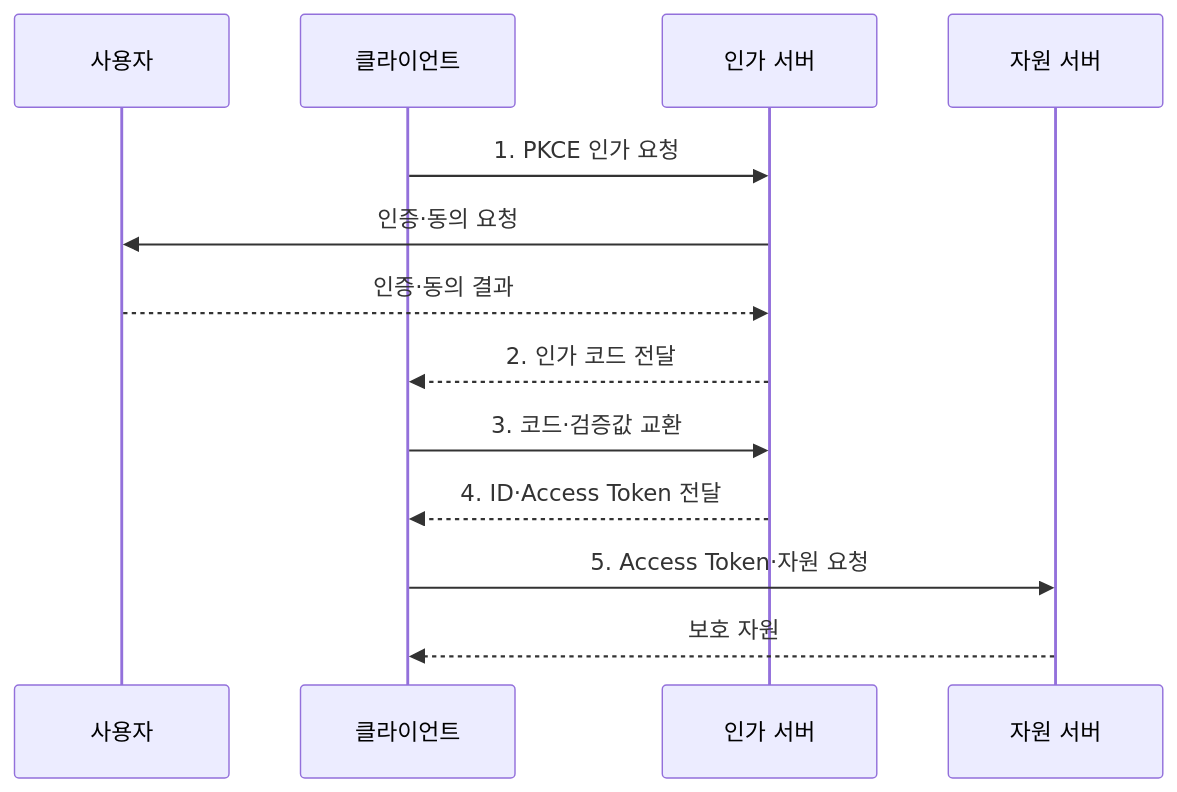
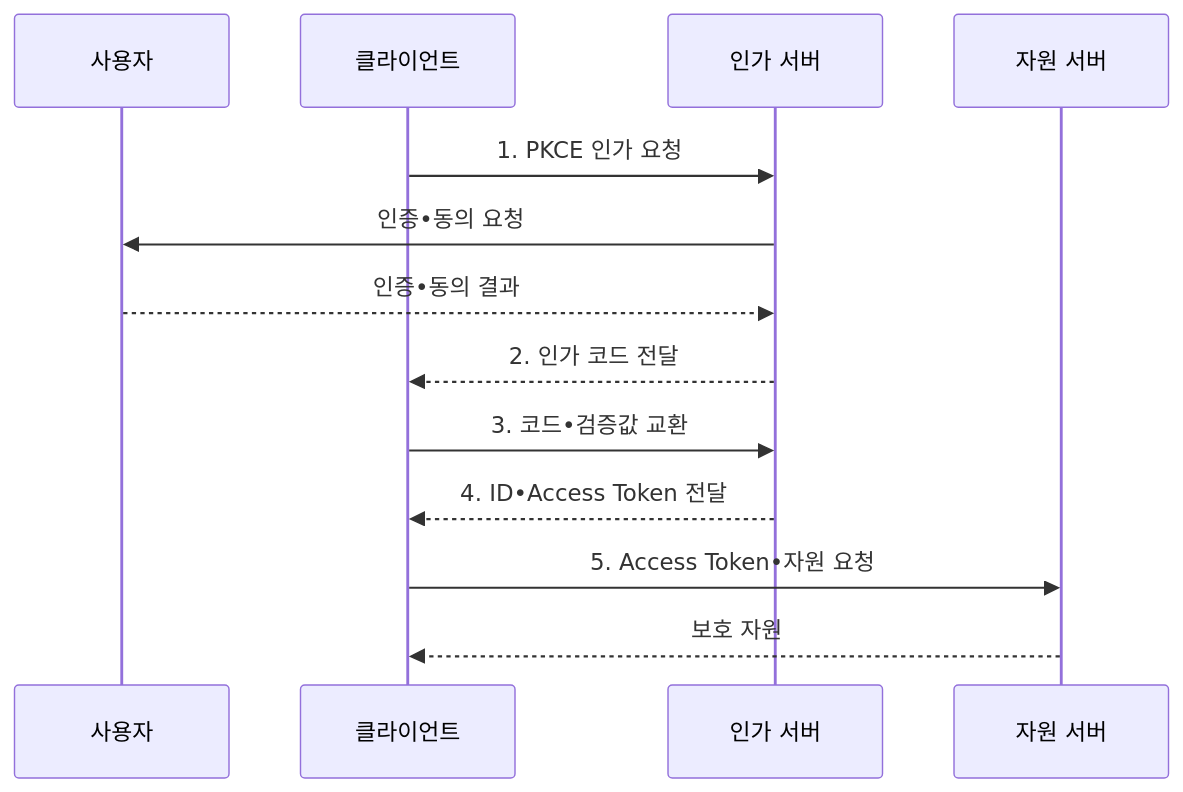
Before and after one commit to agnusdei1207/knowledge-base: the second of 2 diagrams in src/content/docs/notes/03-software/174_oauth2_oidc.md, drawn with Mermaid. The commit also changed other lines of this file and 953 other files, not shown here.

````diff
--- a/src/content/docs/notes/03-software/174_oauth2_oidc.md
+++ b/src/content/docs/notes/03-software/174_oauth2_oidc.md
@@ -108,15 +108,15 @@
 ```mermaid
 sequenceDiagram
     participant U as 사용자
     participant C as 클라이언트
     participant A as 인가 서버
     participant R as 자원 서버
     C->>A: 1. PKCE 인가 요청
-    A->>U: 인증·동의 요청
-    U-->>A: 인증·동의 결과
+    A->>U: 인증•동의 요청
+    U-->>A: 인증•동의 결과
     A-->>C: 2. 인가 코드 전달
-    C->>A: 3. 코드·검증값 교환
-    A-->>C: 4. ID·Access Token 전달
-    C->>R: 5. Access Token·자원 요청
+    C->>A: 3. 코드•검증값 교환
+    A-->>C: 4. ID•Access Token 전달
+    C->>R: 5. Access Token•자원 요청
     R-->>C: 보호 자원
 ```
````
